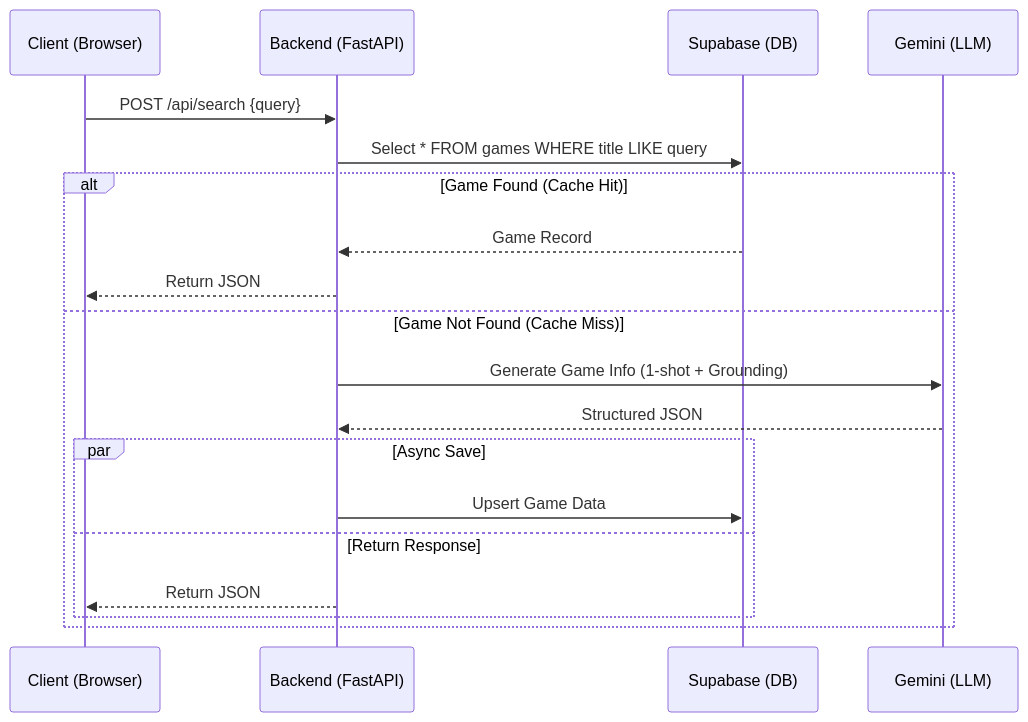
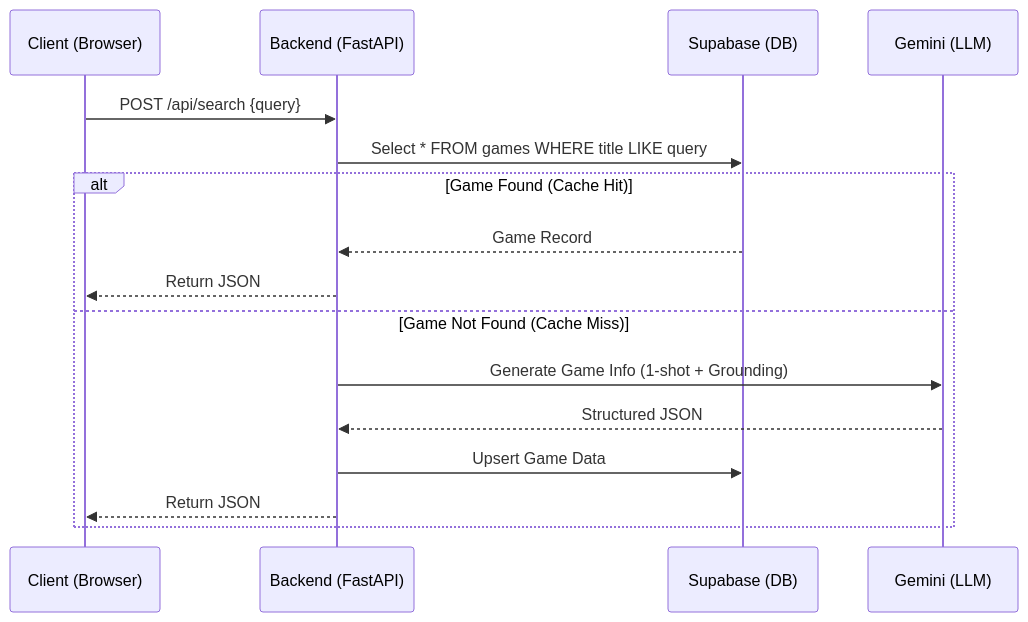
One commit to KAFKA2306/rule-scribe-games changed the third of 3 diagrams in docs/PROJECT_MASTER_GUIDE.md. Above: the diagram before and after it, drawn with Mermaid. The commit also changed other lines of this file and 2 other files, not shown here.

````diff
--- a/docs/PROJECT_MASTER_GUIDE.md
+++ b/docs/PROJECT_MASTER_GUIDE.md
@@ -165,25 +163,22 @@
 ```mermaid
 sequenceDiagram
     participant User as Client (Browser)
     participant API as Backend (FastAPI)
     participant DB as Supabase (DB)
     participant AI as Gemini (LLM)
 
     User->>API: POST /api/search {query}
     
     API->>DB: Select * FROM games WHERE title LIKE query
     
     alt Game Found (Cache Hit)
         DB-->>API: Game Record
         API-->>User: Return JSON
     else Game Not Found (Cache Miss)
         API->>AI: Generate Game Info (1-shot + Grounding)
         AI-->>API: Structured JSON
         
-        par Async Save
-            API->>DB: Upsert Game Data
-        and Return Response
-            API-->>User: Return JSON
-        end
+        API->>DB: Upsert Game Data
+        API-->>User: Return JSON
     end
 ```
````
